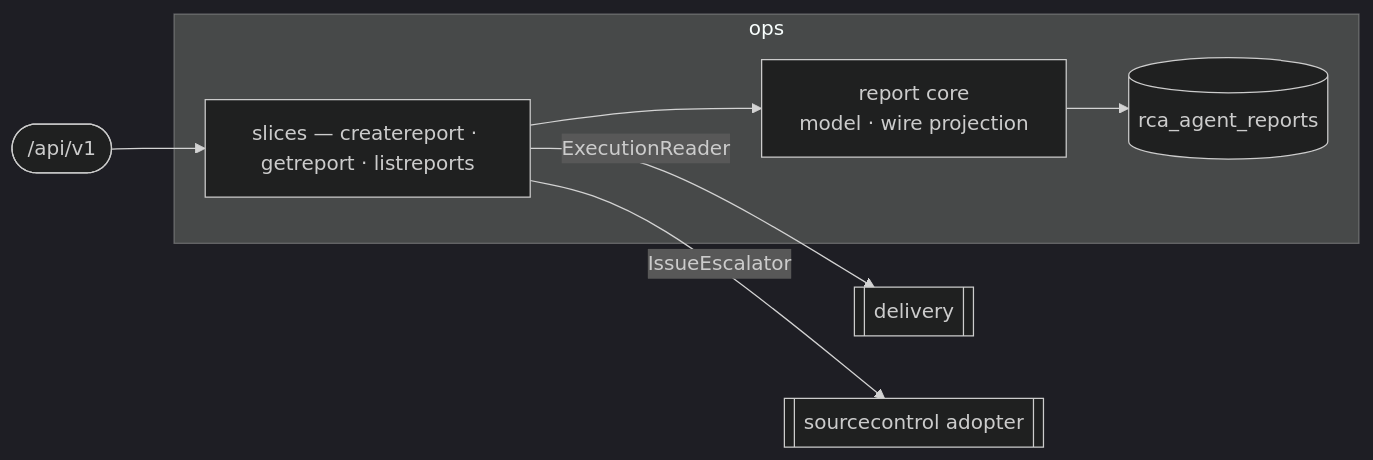
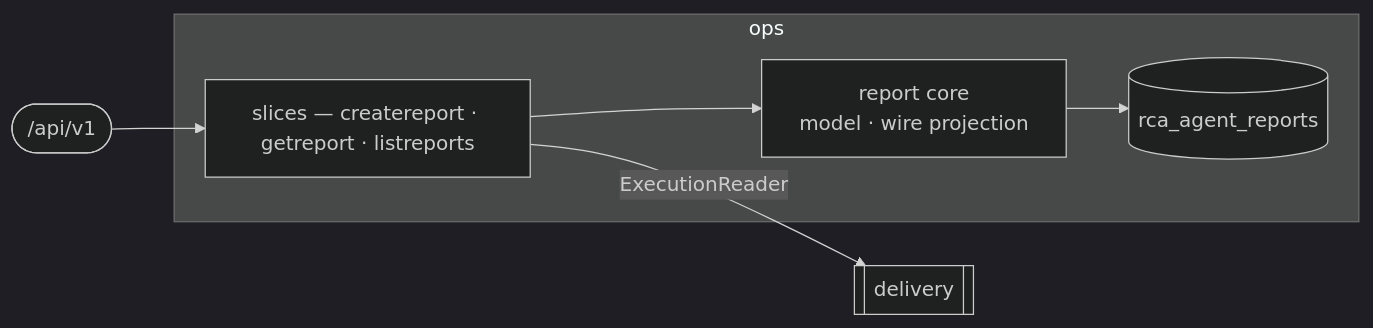
Before and after one commit to tharindulak/labs-agentic-engineer: the diagram in services/aep-api/internal/ops/README.md, drawn with Mermaid (dark theme). The commit also changed other lines of this file and 14 other files, not shown here.

````diff
--- a/services/aep-api/internal/ops/README.md
+++ b/services/aep-api/internal/ops/README.md
@@ -10,12 +8,11 @@
 ```mermaid
 flowchart LR
   API(["/api/v1"]) --> SL
   subgraph ops
     SL["slices — createreport · getreport · listreports"]
     CORE["report core<br/>model · wire projection"]
     SL --> CORE
     CORE --> DB[("rca_agent_reports")]
   end
   SL -->|ExecutionReader| DEL[[delivery]]
-  SL -->|IssueEscalator| SC[[sourcecontrol adopter]]
 ```
````
